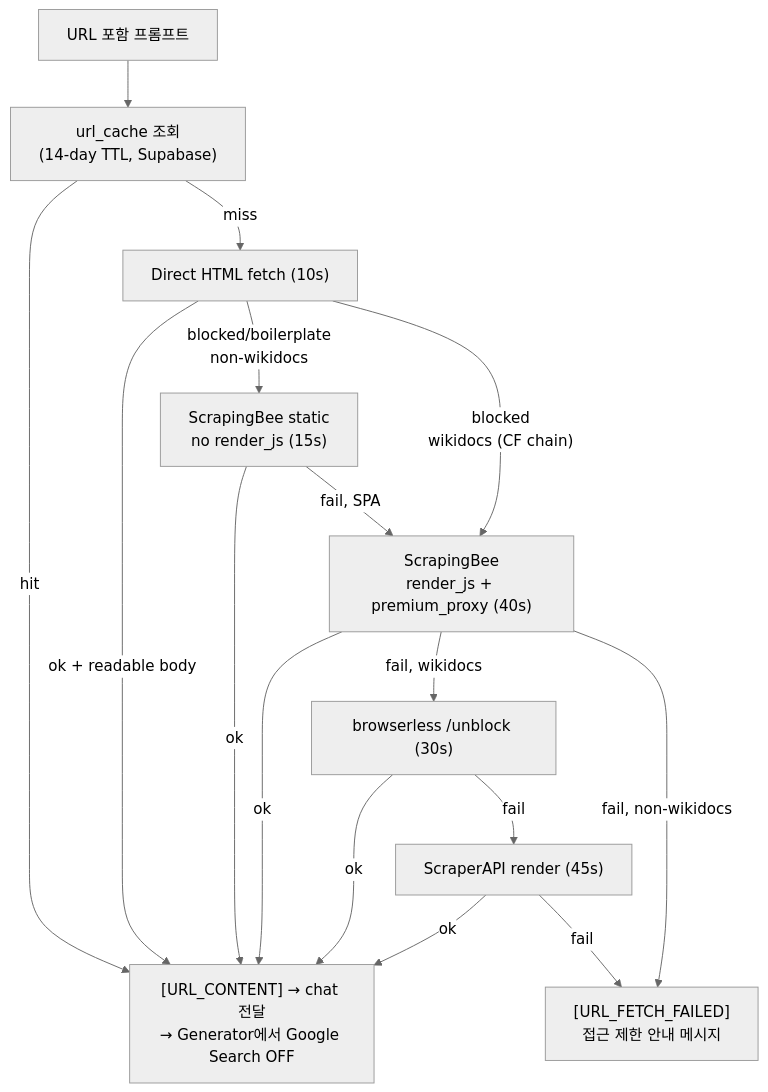
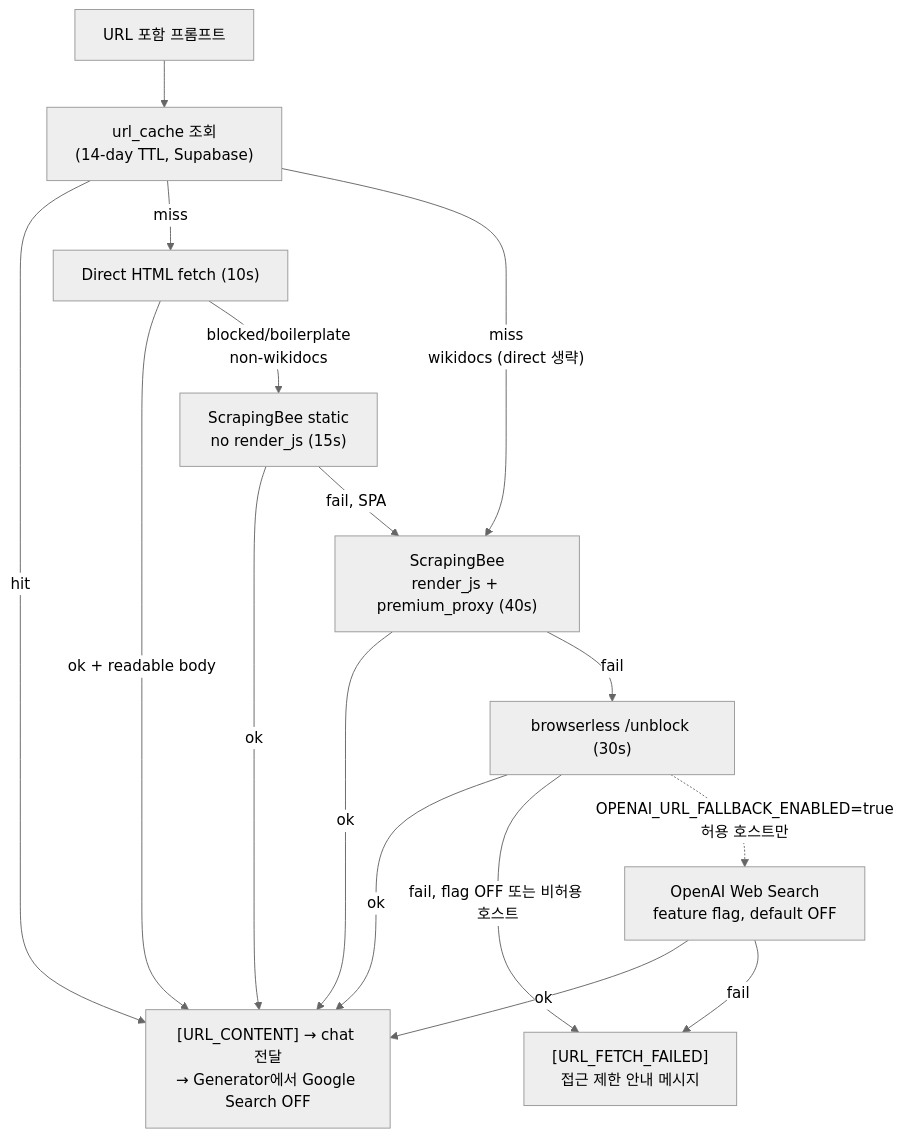
The third of 5 diagrams in docs/guide/REF_Architecture.md (jpjp92/chat-agent), drawn with Mermaid (neutral theme) before and after one commit. The commit also changed other lines of this file and 25 other files, not shown here.

````diff
--- a/docs/guide/REF_Architecture.md
+++ b/docs/guide/REF_Architecture.md
@@ -84,27 +84,28 @@
 ```mermaid
 flowchart TB
     Prompt["URL 포함 프롬프트"]
     Cache["url_cache 조회\n(14-day TTL, Supabase)"]
     Direct["Direct HTML fetch (10s)"]
+    ScrapingBeeStatic["ScrapingBee static\nno render_js (15s)"]
     ScrapingBee["ScrapingBee\nrender_js + premium_proxy (40s)"]
     Browserless["browserless /unblock (30s)"]
-    ScraperAPI["ScraperAPI render (45s)"]
+    OpenAI["OpenAI Web Search\nfeature flag, default OFF"]
     Content["[URL_CONTENT] → chat 전달\n→ Generator에서 Google Search OFF"]
     Failed["[URL_FETCH_FAILED]\n접근 제한 안내 메시지"]
 
     Prompt --> Cache
     Cache -- hit --> Content
     Cache -- miss --> Direct
     Direct -- "ok + readable body" --> Content
-    Direct -- "blocked/boilerplate\nnon-wikidocs" --> ScrapingBeeStatic["ScrapingBee static\nno render_js (15s)"]
-    Direct -- "blocked\nwikidocs (CF chain)" --> ScrapingBee
+    Direct -- "blocked/boilerplate\nnon-wikidocs" --> ScrapingBeeStatic
+    Cache -- "miss\nwikidocs (direct 생략)" --> ScrapingBee
     ScrapingBeeStatic -- ok --> Content
     ScrapingBeeStatic -- fail, SPA --> ScrapingBee
     ScrapingBee -- ok --> Content
-    ScrapingBee -- fail, wikidocs --> Browserless
+    ScrapingBee -- fail --> Browserless
     Browserless -- ok --> Content
-    Browserless -- fail --> ScraperAPI
-    ScraperAPI -- ok --> Content
-    ScraperAPI -- fail --> Failed
-    ScrapingBee -- fail, non-wikidocs --> Failed
+    Browserless -- "fail, flag OFF 또는 비허용 호스트" --> Failed
+    Browserless -. "OPENAI_URL_FALLBACK_ENABLED=true\n허용 호스트만" .-> OpenAI
+    OpenAI -- ok --> Content
+    OpenAI -- fail --> Failed
 ```
````
